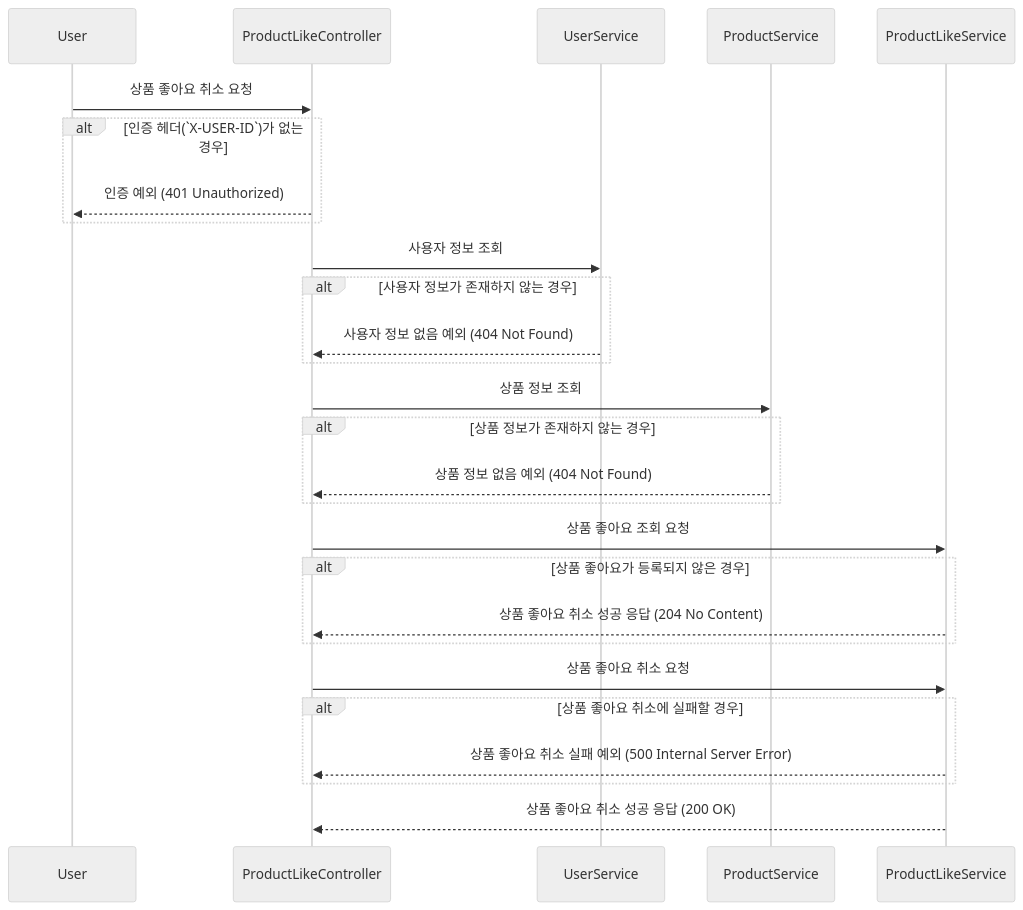
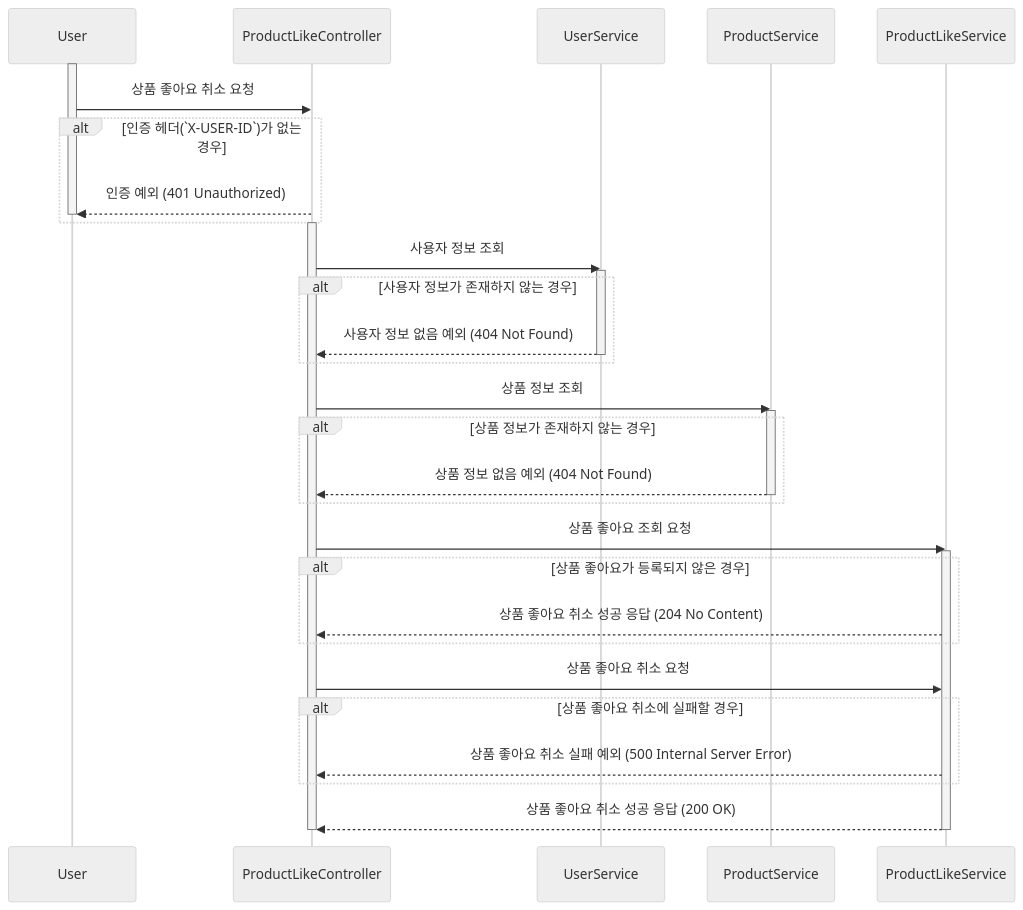
The second of 3 diagrams in docs/design/02-sequence-diagrams/product-like.md (kiekk/gamsung-commerce), drawn with Mermaid (neutral theme) before and after one commit. The commit also changed other lines of this file and 5 other files, not shown here.

First line of the commit message:
docs: 시퀀스 다이어그램 수정 (2주차 피드백 반영)

````diff
--- a/docs/design/02-sequence-diagrams/product-like.md
+++ b/docs/design/02-sequence-diagrams/product-like.md
@@ -55,29 +47,39 @@
 ```mermaid
 sequenceDiagram
     participant User
     participant ProductLikeController
     participant UserService
     participant ProductService
     participant ProductLikeService
+    activate User
     User ->> ProductLikeController: 상품 좋아요 취소 요청
     alt 인증 헤더(`X-USER-ID`)가 없는 경우
         ProductLikeController -->> User: 인증 예외 (401 Unauthorized)
+        deactivate User
     end
+    activate ProductLikeController
     ProductLikeController ->> UserService: 사용자 정보 조회
+    activate UserService
     alt 사용자 정보가 존재하지 않는 경우
         UserService -->> ProductLikeController: 사용자 정보 없음 예외 (404 Not Found)
+        deactivate UserService
     end
     ProductLikeController ->> ProductService: 상품 정보 조회
+    activate ProductService
     alt 상품 정보가 존재하지 않는 경우
         ProductService -->> ProductLikeController: 상품 정보 없음 예외 (404 Not Found)
+        deactivate ProductService
     end
     ProductLikeController ->> ProductLikeService: 상품 좋아요 조회 요청
+    activate ProductLikeService
     alt 상품 좋아요가 등록되지 않은 경우
         ProductLikeService -->> ProductLikeController: 상품 좋아요 취소 성공 응답 (204 No Content)
     end
     ProductLikeController ->> ProductLikeService: 상품 좋아요 취소 요청
     alt 상품 좋아요 취소에 실패할 경우
         ProductLikeService -->> ProductLikeController: 상품 좋아요 취소 실패 예외 (500 Internal Server Error)
     end
     ProductLikeService -->> ProductLikeController: 상품 좋아요 취소 성공 응답 (200 OK)
+    deactivate ProductLikeService
+    deactivate ProductLikeController
 ```
````
